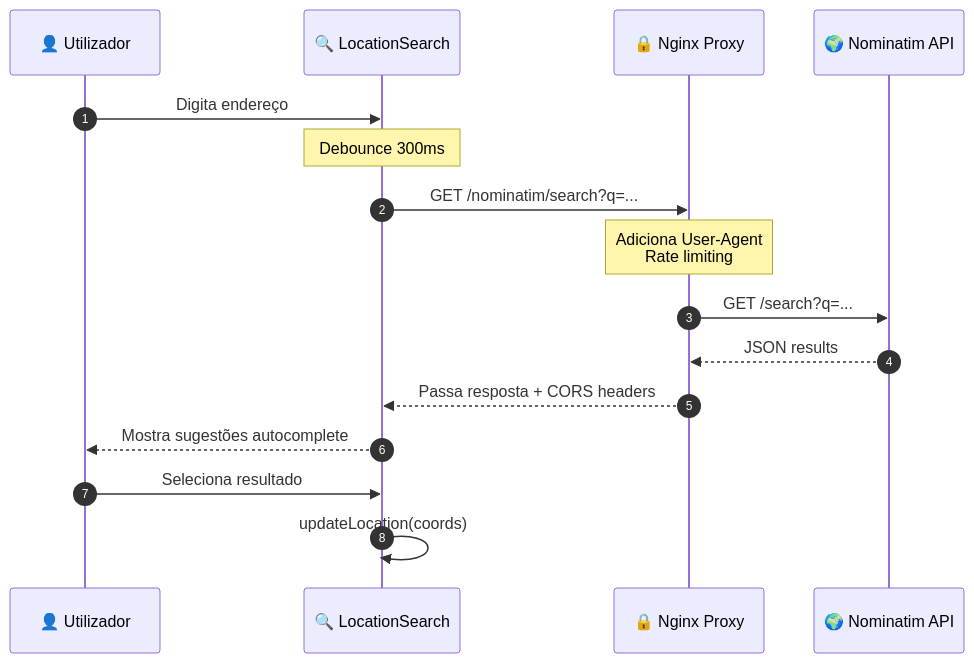
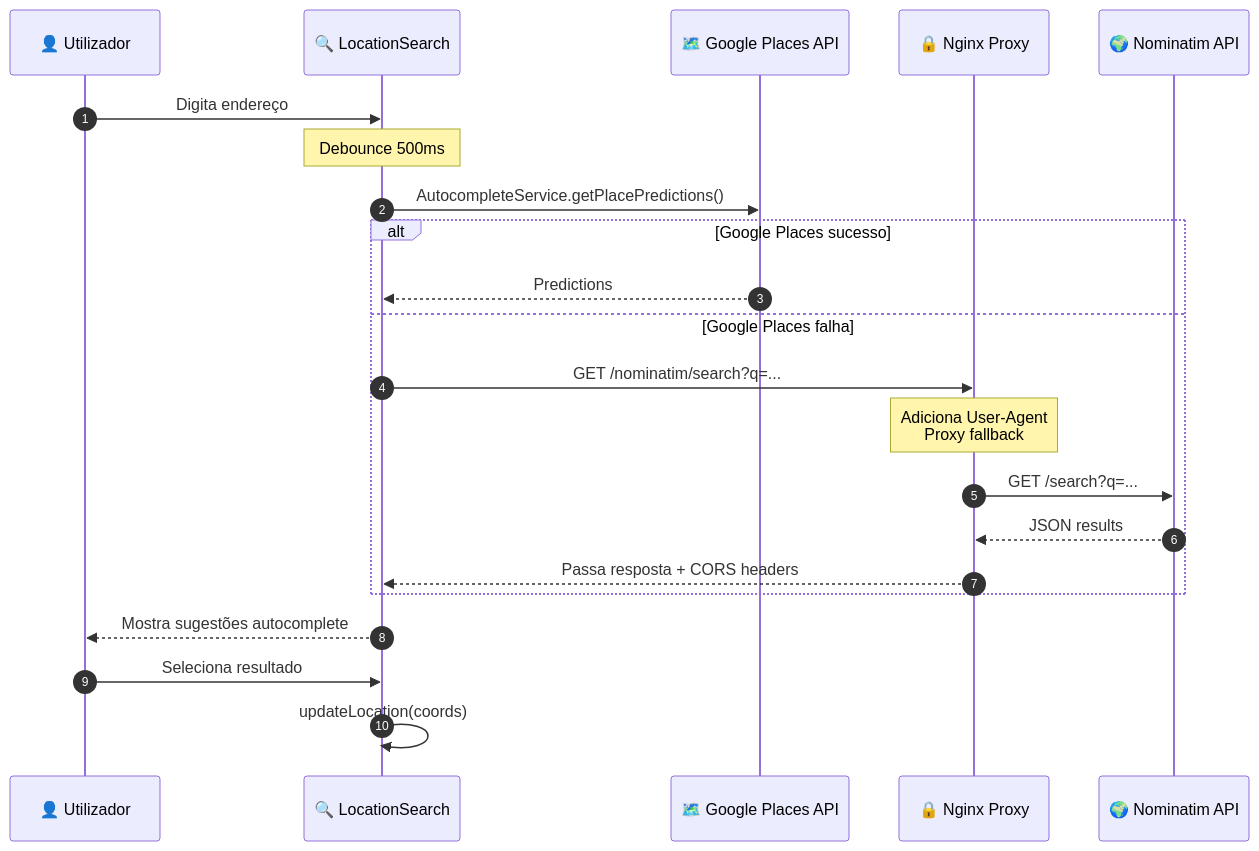
The eighth of 13 diagrams in docs/ARCHITECTURE_SECURITY.md (AlexandreMendesISCTE/Projeto-de-Arquitetura-e-Desenho-de-Software), drawn with Mermaid before and after one commit. The commit also changed other lines of this file and 1 other file, not shown here.

Commit message:
diagrama de classes e google maps service updated

````diff
--- a/docs/ARCHITECTURE_SECURITY.md
+++ b/docs/ARCHITECTURE_SECURITY.md
@@ -321,21 +318,27 @@
 ```mermaid
 sequenceDiagram
     autonumber
     participant U as 👤 Utilizador
     participant Search as 🔍 LocationSearch
+    participant GooglePlaces as 🗺️ Google Places API
     participant Nginx as 🔒 Nginx Proxy
     participant Nominatim as 🌍 Nominatim API
 
     U->>Search: Digita endereço
-    Note over Search: Debounce 300ms
+    Note over Search: Debounce 500ms
     
-    Search->>Nginx: GET /nominatim/search?q=...
-    Note over Nginx: Adiciona User-Agent<br/>Rate limiting
-    Nginx->>Nominatim: GET /search?q=...
-    Nominatim-->>Nginx: JSON results
-    Nginx-->>Search: Passa resposta + CORS headers
+    Search->>GooglePlaces: AutocompleteService.getPlacePredictions()
+    alt Google Places sucesso
+        GooglePlaces-->>Search: Predictions
+    else Google Places falha
+        Search->>Nginx: GET /nominatim/search?q=...
+        Note over Nginx: Adiciona User-Agent<br/>Proxy fallback
+        Nginx->>Nominatim: GET /search?q=...
+        Nominatim-->>Nginx: JSON results
+        Nginx-->>Search: Passa resposta + CORS headers
+    end
     
     Search-->>U: Mostra sugestões autocomplete
     U->>Search: Seleciona resultado
     Search->>Search: updateLocation(coords)
 ```
````
